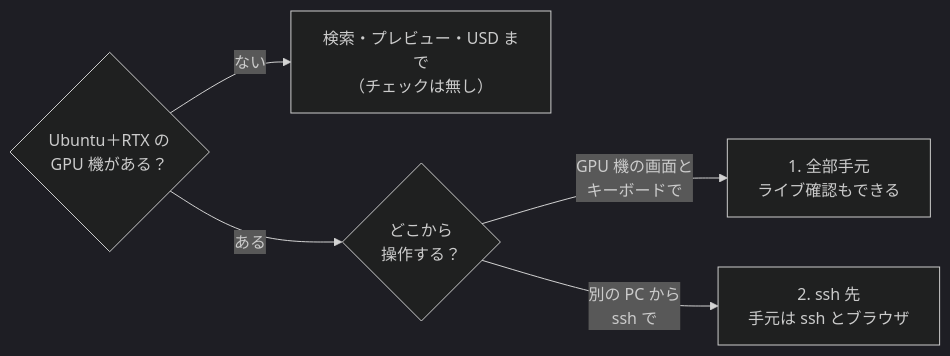
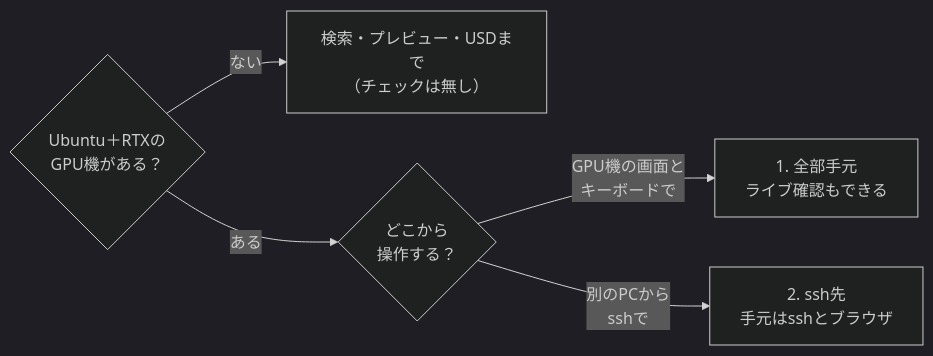
The first of 3 diagrams in docs/getting-started.md (atinfinity/agentic-sim-world-gen), drawn with Mermaid (dark theme) before and after one commit. The commit also changed other lines of this file and 4 other files, not shown here.

Commit message:
Japanese docs: drop half-width spaces between Japanese and ASCII in the mermaid diagrams too

````diff
--- a/docs/getting-started.md
+++ b/docs/getting-started.md
@@ -9,7 +9,7 @@
 ```mermaid
 flowchart LR
-  q1{"Ubuntu＋RTX の<br/>GPU 機がある？"} -- "ない" --> nogpu["検索・プレビュー・USD まで<br/>（チェックは無し）"]
+  q1{"Ubuntu＋RTXの<br/>GPU機がある？"} -- "ない" --> nogpu["検索・プレビュー・USDまで<br/>（チェックは無し）"]
   q1 -- "ある" --> q2{"どこから<br/>操作する？"}
-  q2 -- "GPU 機の画面と<br/>キーボードで" --> local["1. 全部手元<br/>ライブ確認もできる"]
-  q2 -- "別の PC から<br/>ssh で" --> ssh["2. ssh 先<br/>手元は ssh とブラウザ"]
+  q2 -- "GPU機の画面と<br/>キーボードで" --> local["1. 全部手元<br/>ライブ確認もできる"]
+  q2 -- "別のPCから<br/>sshで" --> ssh["2. ssh先<br/>手元はsshとブラウザ"]
 ```
````
